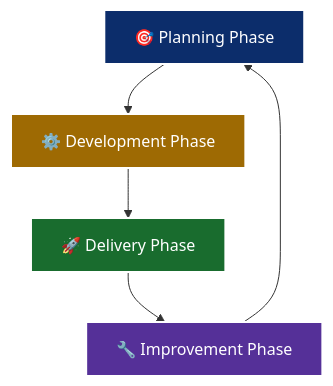
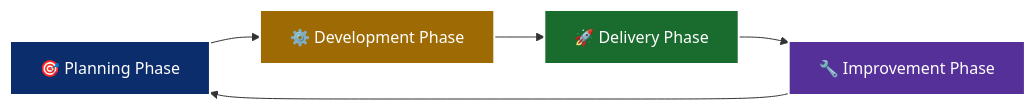
One commit to josamontiel/Detection-Engineering-Framework changed the first of 12 diagrams in Background-and-Introduction.md. Above: the diagram before and after it, drawn with Mermaid. The commit also changed other lines of this file, not shown here.

````diff
--- a/Background-and-Introduction.md
+++ b/Background-and-Introduction.md
@@ -66,12 +66,12 @@
 ```mermaid
-graph TB
+graph LR
     A[🎯 Planning Phase] --> B[⚙️ Development Phase]
     B --> C[🚀 Delivery Phase]
     C --> D[🔧 Improvement Phase]
     D --> A
     
     style A fill:#0c2d6b,stroke:#fff,stroke-width:2px,color:#fff
     style B fill:#9e6a03,stroke:#fff,stroke-width:2px,color:#fff
     style C fill:#196c2e,stroke:#fff,stroke-width:2px,color:#fff
     style D fill:#553098,stroke:#fff,stroke-width:2px,color:#fff
 ```
````
